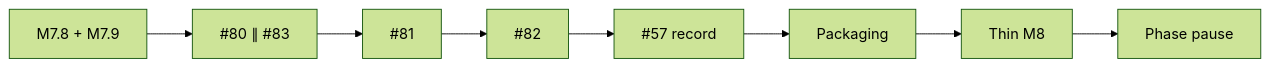
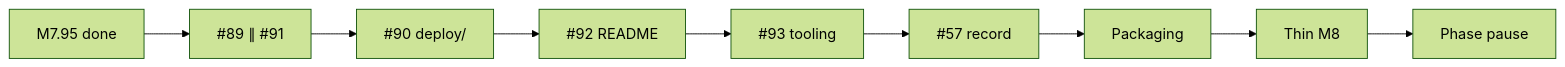
Before and after one commit to RoxanaTapia/ai-doc-to-chat-pipeline: the diagram in docs/operators/PROJECT-DIRECTION.md, drawn with Mermaid (forest theme). The commit also changed other lines of this file and 3 other files, not shown here.

````diff
--- a/docs/operators/PROJECT-DIRECTION.md
+++ b/docs/operators/PROJECT-DIRECTION.md
@@ -134,10 +134,11 @@
 ```mermaid
 flowchart LR
-  A["M7.8 + M7.9"] --> B["#80 ∥ #83"]
-  B --> C["#81"]
-  C --> D["#82"]
-  D --> E["#57 record"]
-  E --> F[Packaging]
-  F --> G[Thin M8]
-  G --> H[Phase pause]
+  A["M7.95 done"] --> B["#89 ∥ #91"]
+  B --> C["#90 deploy/"]
+  C --> D["#92 README"]
+  D --> E["#93 tooling"]
+  E --> F["#57 record"]
+  F --> G[Packaging]
+  G --> H[Thin M8]
+  H --> I[Phase pause]
 ```
````
